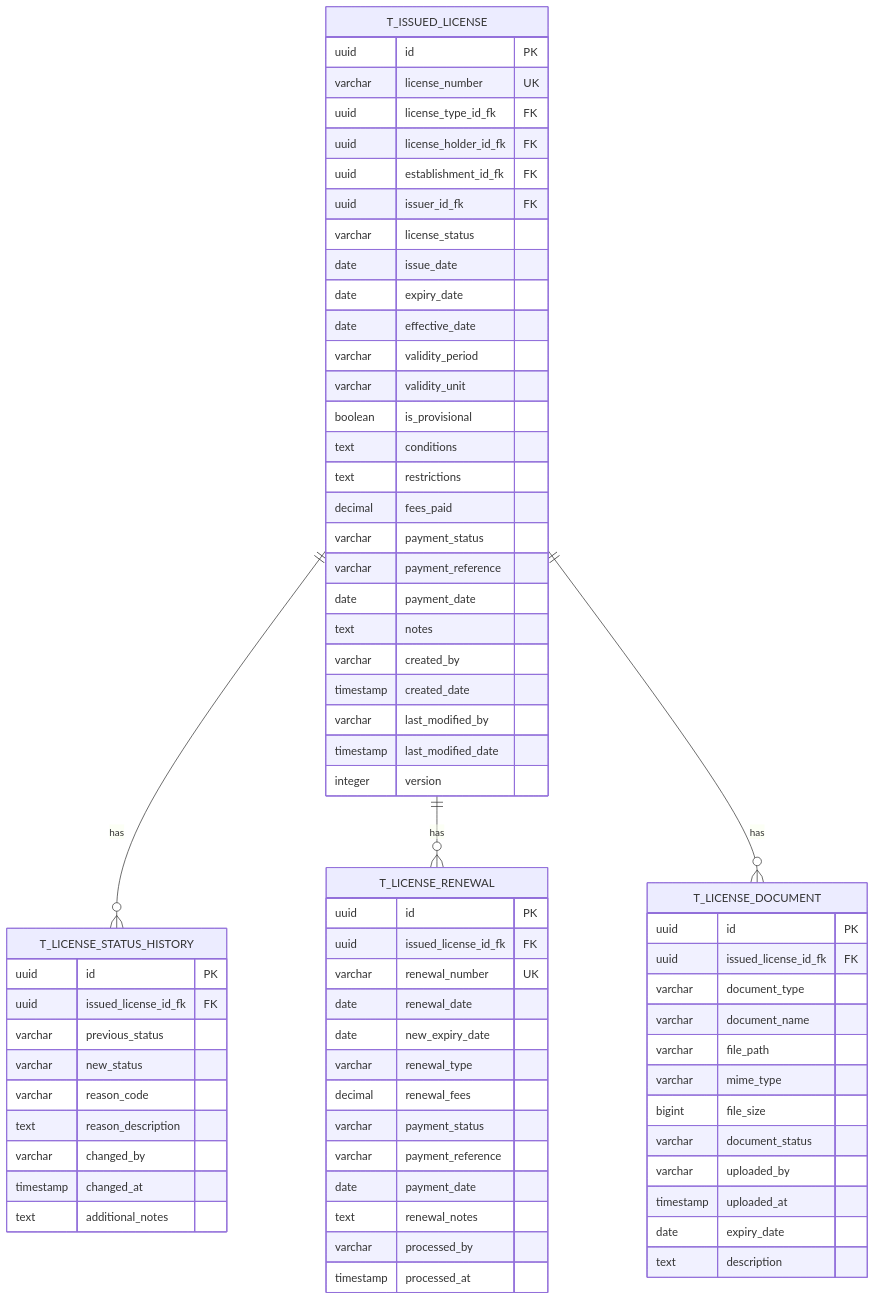
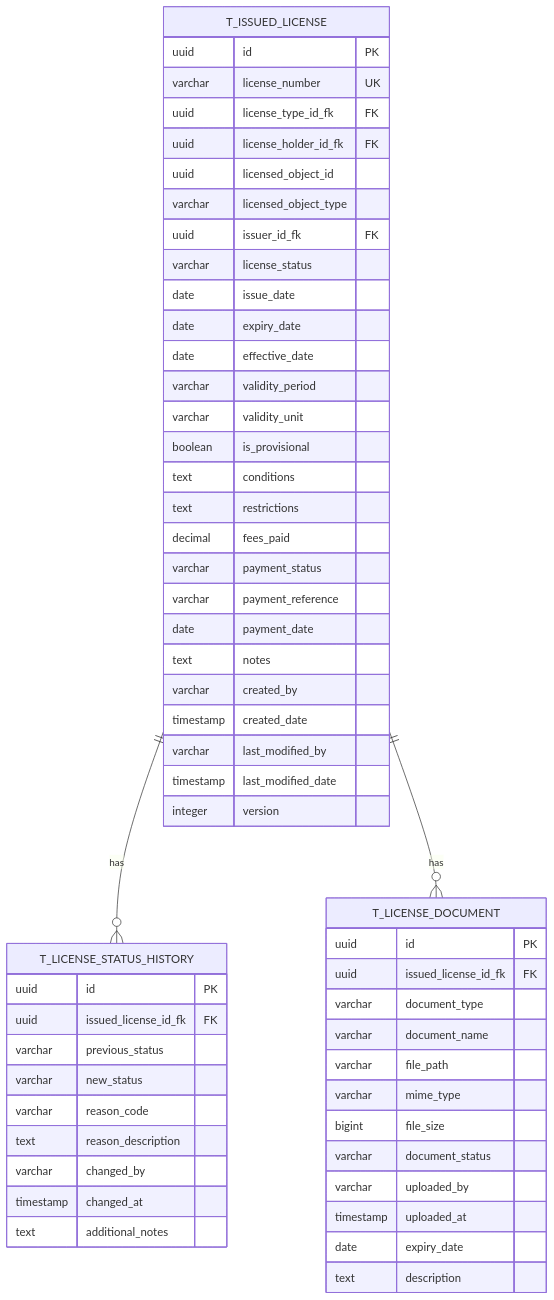
Before and after one commit to TA-Digital-CV/licenciamento-backend: the diagram in .trae/documents/PR02.03-BE-LIC-Gestao-Licencas-Emitidas.md, drawn with Mermaid. The commit also changed other lines of this file and 4 other files, not shown here.

````diff
--- a/.trae/documents/PR02.03-BE-LIC-Gestao-Licencas-Emitidas.md
+++ b/.trae/documents/PR02.03-BE-LIC-Gestao-Licencas-Emitidas.md
@@ -838,77 +748,61 @@
 ```mermaid
 erDiagram
     T_ISSUED_LICENSE {
         uuid id PK
         varchar license_number UK
         uuid license_type_id_fk FK
         uuid license_holder_id_fk FK
-        uuid establishment_id_fk FK
+        uuid licensed_object_id
+        varchar licensed_object_type
         uuid issuer_id_fk FK
         varchar license_status
         date issue_date
         date expiry_date
         date effective_date
         varchar validity_period
         varchar validity_unit
         boolean is_provisional
         text conditions
         text restrictions
         decimal fees_paid
         varchar payment_status
         varchar payment_reference
         date payment_date
         text notes
         varchar created_by
         timestamp created_date
         varchar last_modified_by
         timestamp last_modified_date
         integer version
     }
     
     T_LICENSE_STATUS_HISTORY {
         uuid id PK
         uuid issued_license_id_fk FK
         varchar previous_status
         varchar new_status
         varchar reason_code
         text reason_description
         varchar changed_by
         timestamp changed_at
         text additional_notes
     }
     
-    T_LICENSE_RENEWAL {
-        uuid id PK
-        uuid issued_license_id_fk FK
-        varchar renewal_number UK
-        date renewal_date
-        date new_expiry_date
-        varchar renewal_type
-        decimal renewal_fees
-        varchar payment_status
-        varchar payment_reference
-        date payment_date
-        text renewal_notes
-        varchar processed_by
-        timestamp processed_at
-    }
-    
     T_LICENSE_DOCUMENT {
         uuid id PK
         uuid issued_license_id_fk FK
         varchar document_type
         varchar document_name
         varchar file_path
         varchar mime_type
         bigint file_size
         varchar document_status
         varchar uploaded_by
         timestamp uploaded_at
         date expiry_date
         text description
     }
     
     T_ISSUED_LICENSE ||--o{ T_LICENSE_STATUS_HISTORY : has
-    T_ISSUED_LICENSE ||--o{ T_LICENSE_RENEWAL : has
     T_ISSUED_LICENSE ||--o{ T_LICENSE_DOCUMENT : has
 ```
````
